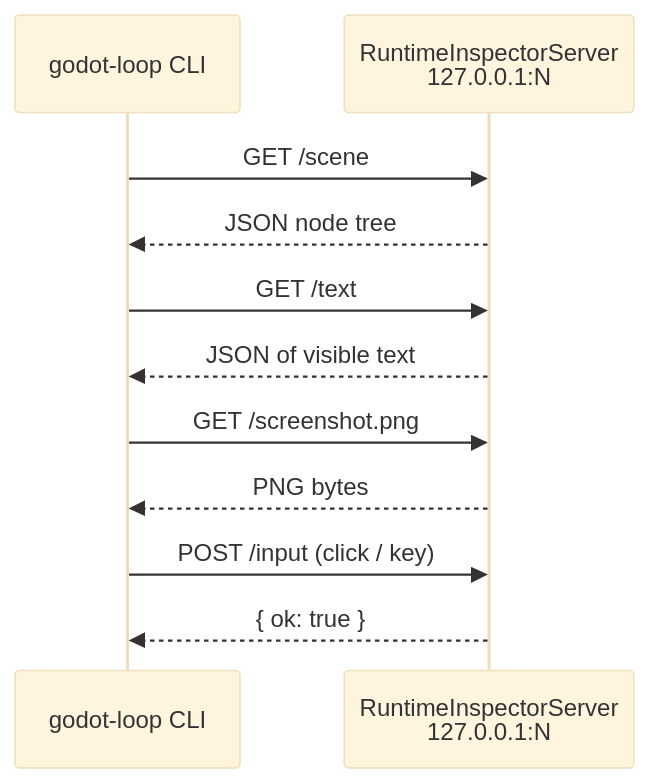
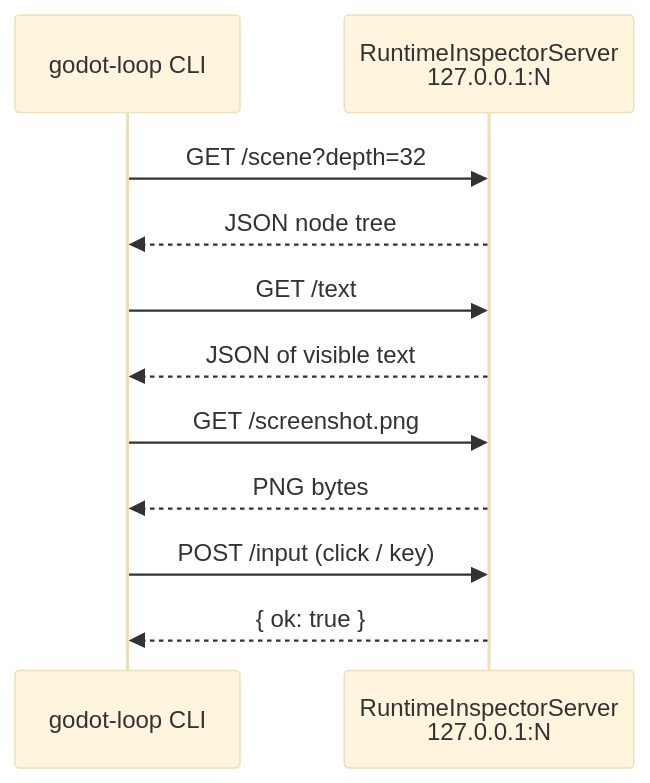
The second of 3 diagrams in README.md (Boundless-Studios/agentic-godot), drawn with Mermaid (base theme) before and after one commit. The commit also changed other lines of this file and 4 other files, not shown here.

Commit message:
Fix scene tree depth for runtime inspector

````diff
--- a/README.md
+++ b/README.md
@@ -140,13 +140,13 @@
 ```mermaid
 sequenceDiagram
     participant Driver as godot-loop CLI
     participant Server as RuntimeInspectorServer<br/>127.0.0.1:N
-    Driver->>Server: GET /scene
+    Driver->>Server: GET /scene?depth=32
     Server-->>Driver: JSON node tree
     Driver->>Server: GET /text
     Server-->>Driver: JSON of visible text
     Driver->>Server: GET /screenshot.png
     Server-->>Driver: PNG bytes
     Driver->>Server: POST /input  (click / key)
     Server-->>Driver: { ok: true }
 ```
````
